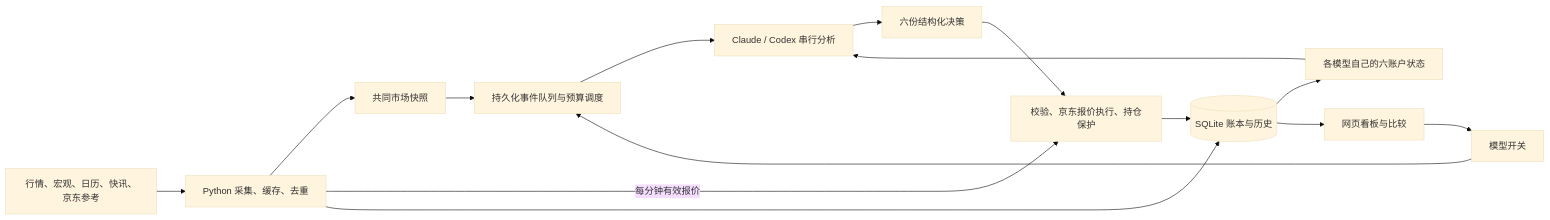
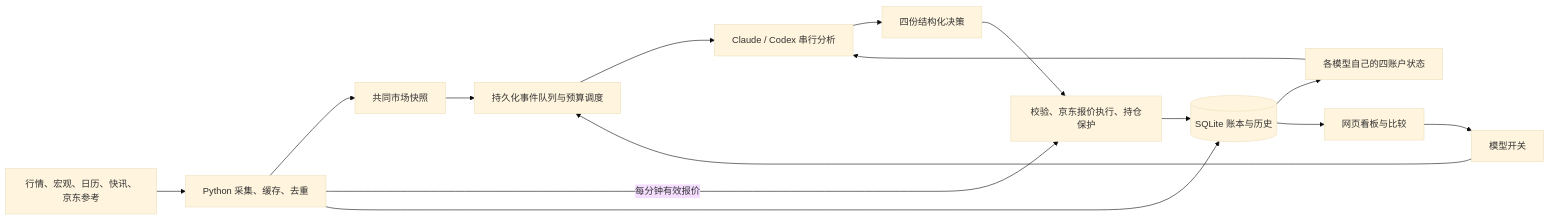
Before and after one commit to blue-green-red/Trade-Accumulated-Gold-CN: the diagram in README.md, drawn with Mermaid (base theme). The commit also changed other lines of this file and 19 other files, not shown here.

````diff
--- a/README.md
+++ b/README.md
@@ -64,17 +63,17 @@
 ```mermaid
 flowchart LR
     Sources[行情、宏观、日历、快讯、京东参考] --> Collect[Python 采集、缓存、去重]
     Collect --> Shared[共同市场快照]
     Shared --> Queue[持久化事件队列与预算调度]
     Queue --> Models[Claude / Codex 串行分析]
-    DB --> Own[各模型自己的六账户状态]
+    DB --> Own[各模型自己的四账户状态]
     Own --> Models
-    Models --> Decisions[六份结构化决策]
+    Models --> Decisions[四份结构化决策]
     Decisions --> Execute[校验、京东报价执行、持仓保护]
     Collect -->|每分钟有效报价| Execute
     Execute --> DB[(SQLite 账本与历史)]
     Collect --> DB
     DB --> Web[网页看板与比较]
     Web --> Switch[模型开关]
     Switch --> Queue
 ```
````
